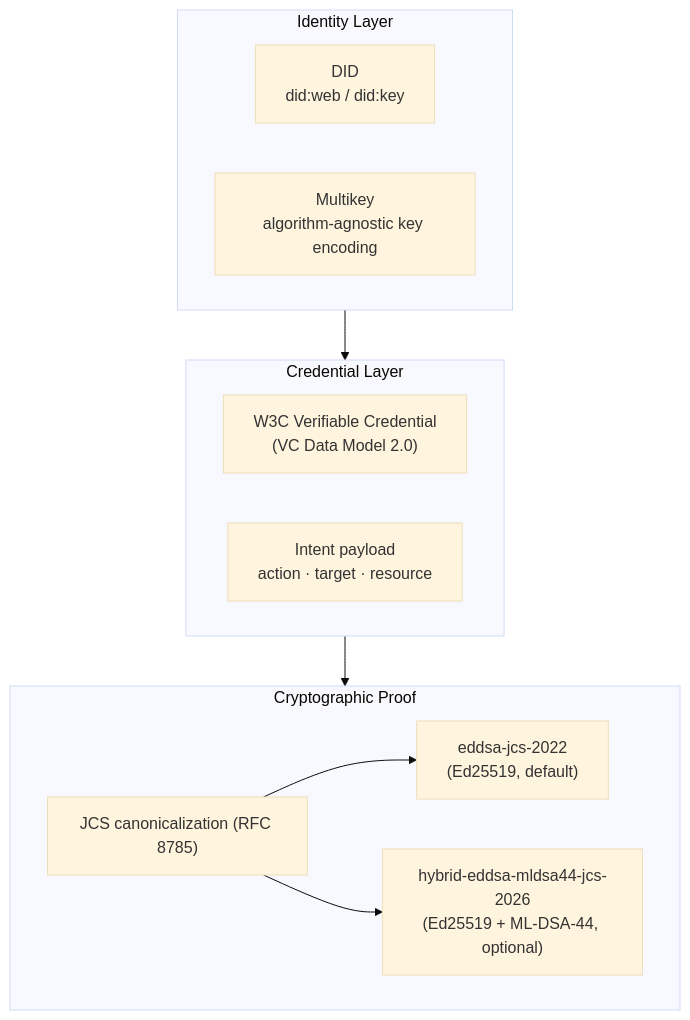
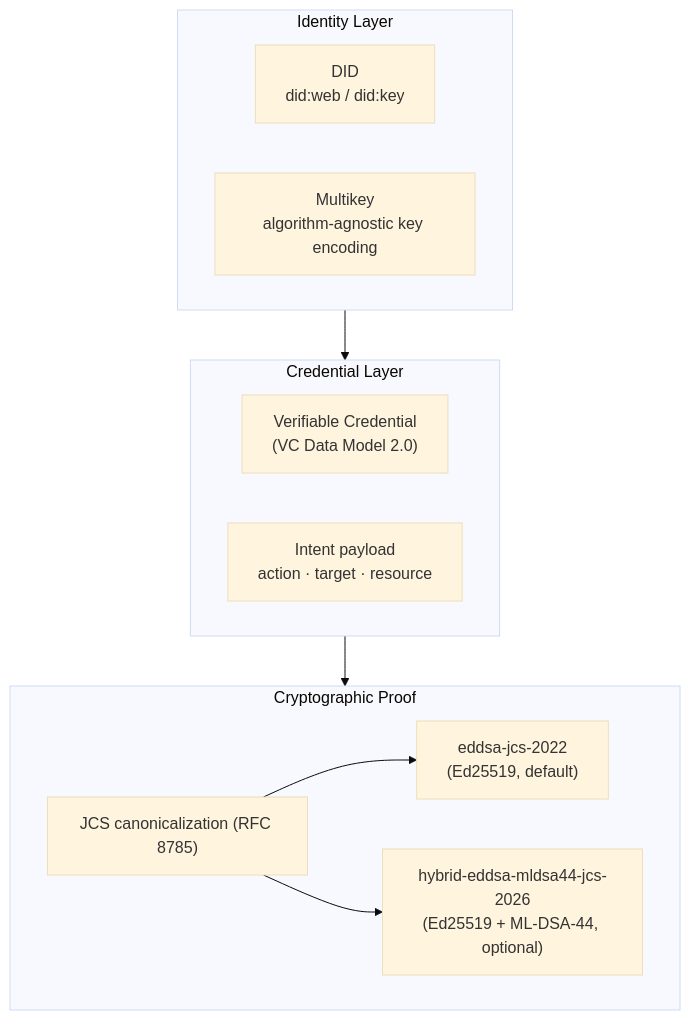
Before and after one commit to vouch-protocol/vouch: the second of 2 diagrams in README.md, drawn with Mermaid (base theme). The commit also changed other lines of this file and 164 other files, not shown here.

````diff
--- a/README.md
+++ b/README.md
@@ -135,20 +134,20 @@
 ```mermaid
 flowchart TB
-    subgraph IDENTITY["Identity Layer"]
-        DID["DID<br/>did:web / did:key"]
-        MK["Multikey<br/>algorithm-agnostic key encoding"]
-    end
-    subgraph FORMAT["Credential Layer"]
-        VC["W3C Verifiable Credential<br/>(VC Data Model 2.0)"]
-        INTENT["Intent payload<br/>action · target · resource"]
-    end
-    subgraph CRYPTO["Cryptographic Proof"]
-        JCS["JCS canonicalization (RFC 8785)"]
-        DEFAULT["eddsa-jcs-2022<br/>(Ed25519, default)"]
-        HYBRID["hybrid-eddsa-mldsa44-jcs-2026<br/>(Ed25519 + ML-DSA-44, optional)"]
-    end
-    IDENTITY --> FORMAT
-    FORMAT --> CRYPTO
-    JCS --> DEFAULT
-    JCS --> HYBRID
+  subgraph IDENTITY["Identity Layer"]
+    DID["DID<br/>did:web / did:key"]
+    MK["Multikey<br/>algorithm-agnostic key encoding"]
+  end
+  subgraph FORMAT["Credential Layer"]
+    VC["Verifiable Credential<br/>(VC Data Model 2.0)"]
+    INTENT["Intent payload<br/>action · target · resource"]
+  end
+  subgraph CRYPTO["Cryptographic Proof"]
+    JCS["JCS canonicalization (RFC 8785)"]
+    DEFAULT["eddsa-jcs-2022<br/>(Ed25519, default)"]
+    HYBRID["hybrid-eddsa-mldsa44-jcs-2026<br/>(Ed25519 + ML-DSA-44, optional)"]
+  end
+  IDENTITY --> FORMAT
+  FORMAT --> CRYPTO
+  JCS --> DEFAULT
+  JCS --> HYBRID
 ```
````
